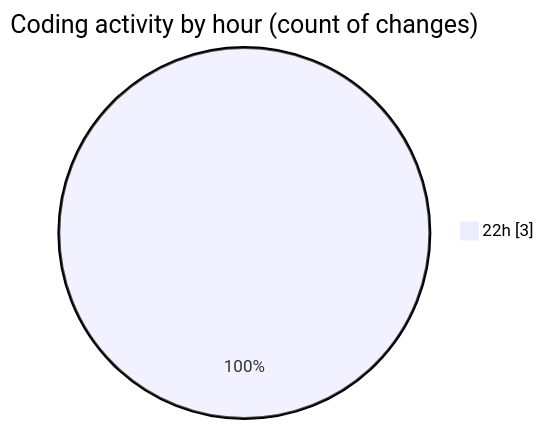
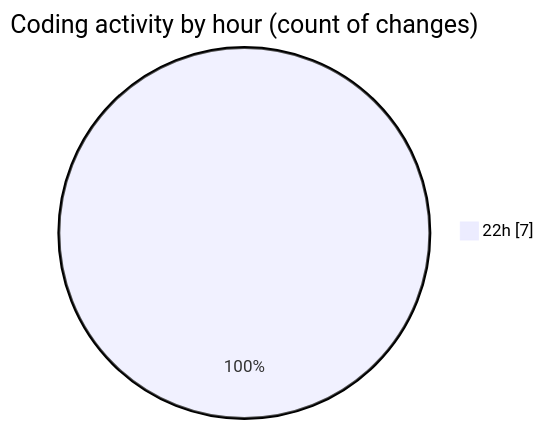
One commit to hasnaa123/code-tracking changed the second of 2 diagrams in 2025-12-24/technologie_web/README.md. Above: the diagram before and after it, drawn with Mermaid. The commit also changed other lines of this file and 1 other file, not shown here.

````diff
--- a/2025-12-24/technologie_web/README.md
+++ b/2025-12-24/technologie_web/README.md
@@ -28,5 +28,5 @@
 ```mermaid
 pie showData
 title Coding activity by hour (count of changes)
-"22h" : 3
+"22h" : 7
 ```
````
